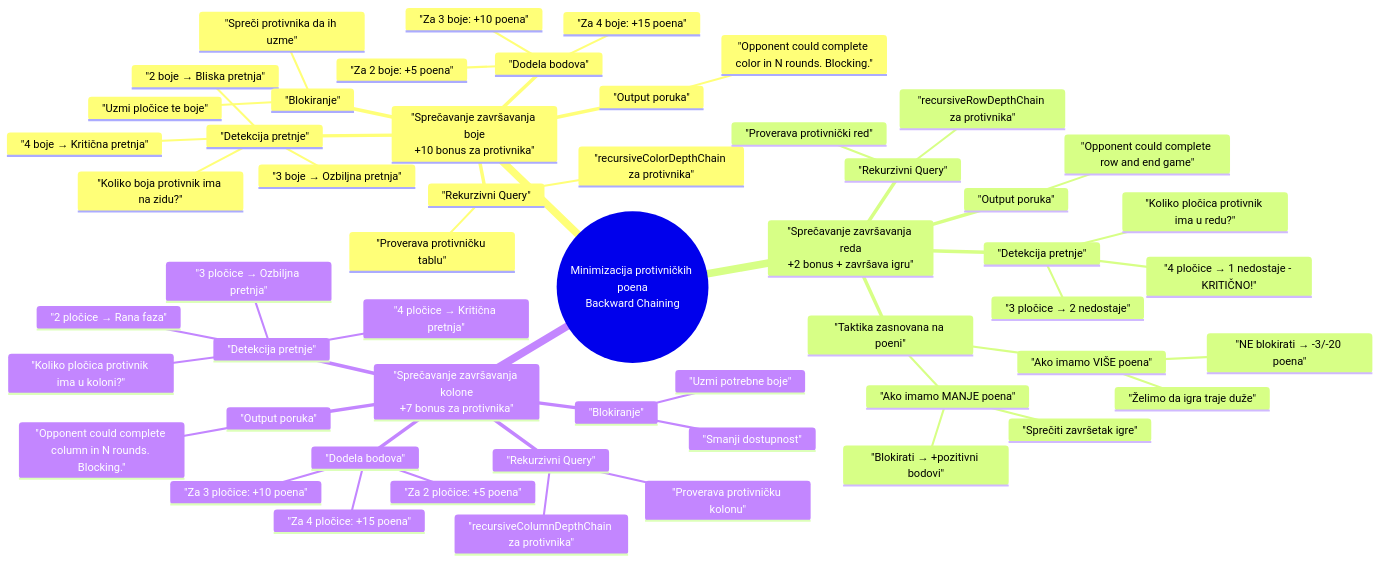
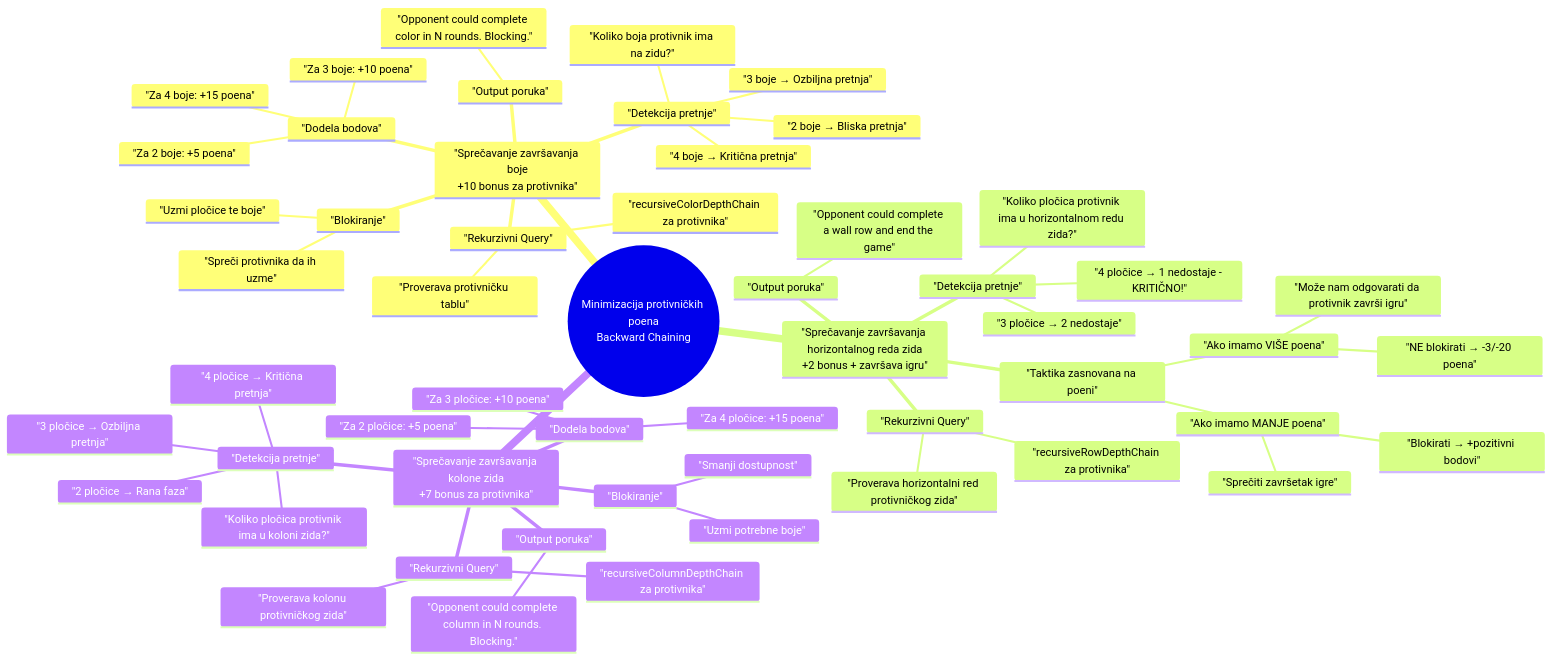
One commit to borismarkovsv73/aizul changed the second of 2 diagrams in README.md. Above: the diagram before and after it, drawn with Mermaid. The commit also changed other lines of this file and 28 other files, not shown here.

````diff
--- a/README.md
+++ b/README.md
@@ -241,57 +276,57 @@
 ```mermaid
 mindmap
   root((Minimizacija protivničkih poena<br/>Backward Chaining))
     "Sprečavanje završavanja boje<br/>+10 bonus za protivnika"
       "Rekurzivni Query"
         "recursiveColorDepthChain za protivnika"
         "Proverava protivničku tablu"
       "Detekcija pretnje"
         "Koliko boja protivnik ima na zidu?"
         "2 boje → Bliska pretnja"
         "3 boje → Ozbiljna pretnja"
         "4 boje → Kritična pretnja"
       "Blokiranje"
         "Uzmi pločice te boje"
         "Spreči protivnika da ih uzme"
       "Dodela bodova"
         "Za 2 boje: +5 poena"
         "Za 3 boje: +10 poena"
         "Za 4 boje: +15 poena"
       "Output poruka"
         "Opponent could complete color in N rounds. Blocking."
-    "Sprečavanje završavanja reda<br/>+2 bonus + završava igru"
+    "Sprečavanje završavanja horizontalnog reda zida<br/>+2 bonus + završava igru"
       "Rekurzivni Query"
         "recursiveRowDepthChain za protivnika"
-        "Proverava protivnički red"
+        "Proverava horizontalni red protivničkog zida"
       "Detekcija pretnje"
-        "Koliko pločica protivnik ima u redu?"
+        "Koliko pločica protivnik ima u horizontalnom redu zida?"
         "3 pločice → 2 nedostaje"
         "4 pločice → 1 nedostaje - KRITIČNO!"
       "Taktika zasnovana na poeni"
         "Ako imamo VIŠE poena"
           "NE blokirati → -3/-20 poena"
-          "Želimo da igra traje duže"
+          "Može nam odgovarati da protivnik završi igru"
         "Ako imamo MANJE poena"
           "Blokirati → +pozitivni bodovi"
           "Sprečiti završetak igre"
       "Output poruka"
-        "Opponent could complete row and end game"
-    "Sprečavanje završavanja kolone<br/>+7 bonus za protivnika"
+        "Opponent could complete a wall row and end the game"
+    "Sprečavanje završavanja kolone zida<br/>+7 bonus za protivnika"
       "Rekurzivni Query"
         "recursiveColumnDepthChain za protivnika"
-        "Proverava protivničku kolonu"
+        "Proverava kolonu protivničkog zida"
       "Detekcija pretnje"
-        "Koliko pločica protivnik ima u koloni?"
+        "Koliko pločica protivnik ima u koloni zida?"
         "2 pločice → Rana faza"
         "3 pločice → Ozbiljna pretnja"
         "4 pločice → Kritična pretnja"
       "Blokiranje"
         "Uzmi potrebne boje"
         "Smanji dostupnost"
       "Dodela bodova"
         "Za 2 pločice: +5 poena"
         "Za 3 pločice: +10 poena"
         "Za 4 pločice: +15 poena"
       "Output poruka"
         "Opponent could complete column in N rounds. Blocking."
 ```
````
